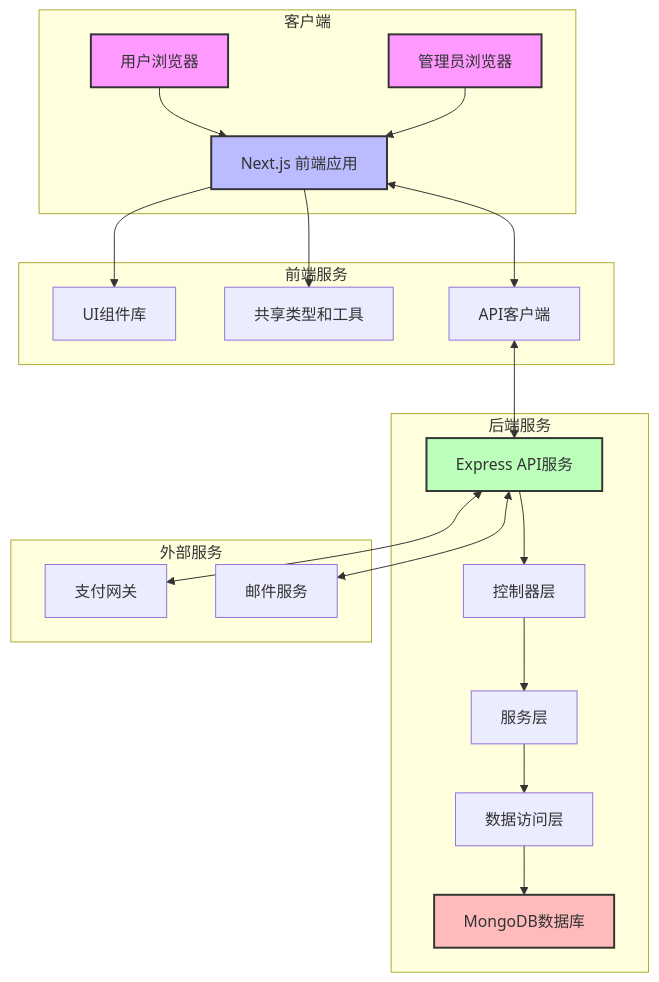
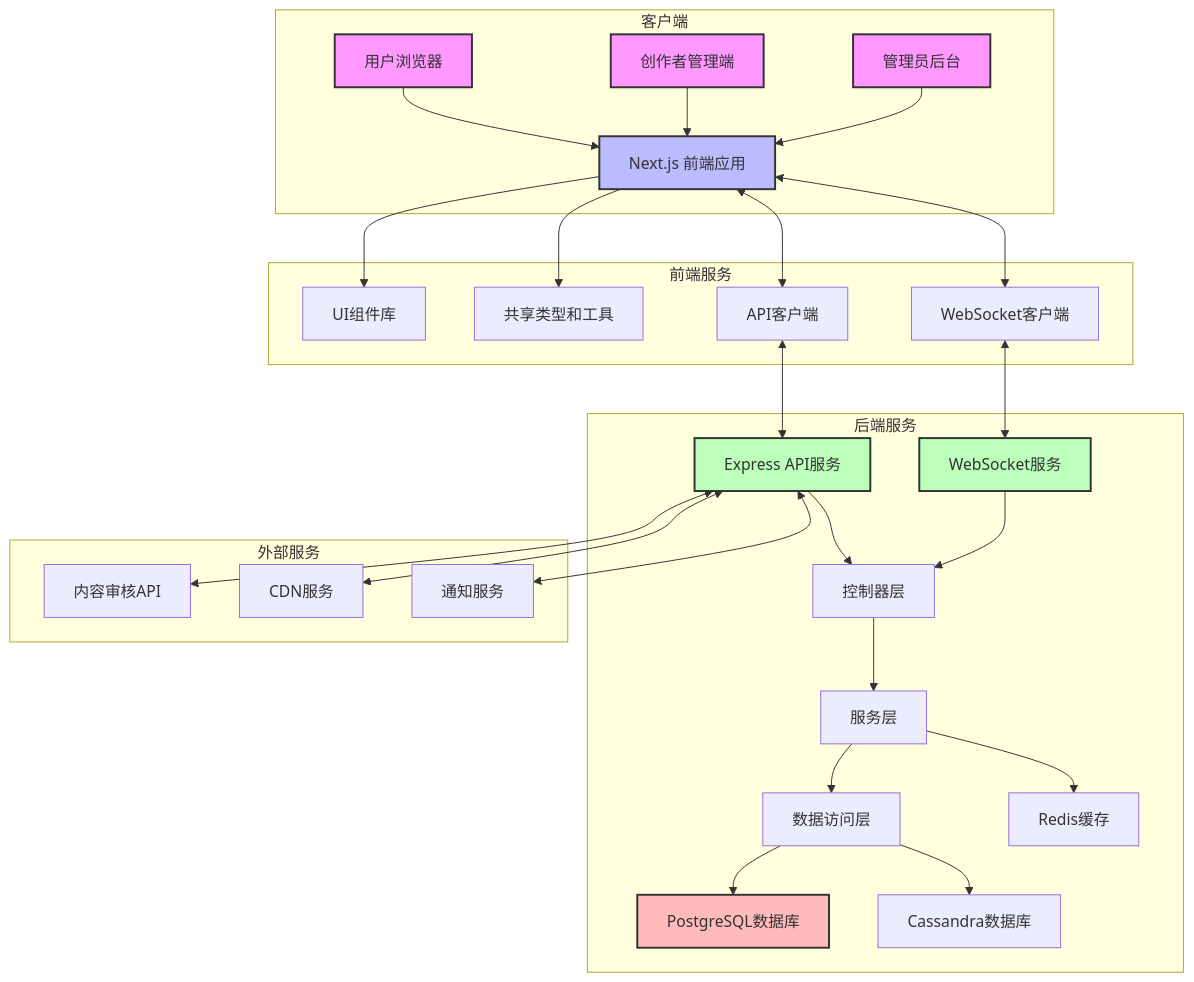
Before and after one commit to felixzhu97/social-media-project: the fourth of 8 diagrams in docs/architecture/system-architecture.md, drawn with Mermaid. The commit also changed other lines of this file and 8 other files, not shown here.

````diff
--- a/docs/architecture/system-architecture.md
+++ b/docs/architecture/system-architecture.md
@@ -11,32 +39,41 @@
 ```mermaid
 graph TD
     subgraph "客户端"
         A[用户浏览器] --> B[Next.js 前端应用]
-        M[管理员浏览器] --> B
+        C[创作者管理端] --> B
+        D[管理员后台] --> B
     end
 
     subgraph "前端服务"
-        B --> C[UI组件库]
-        B --> D[共享类型和工具]
-        B <--> E[API客户端]
+        B --> E[UI组件库]
+        B --> F[共享类型和工具]
+        B <--> G[API客户端]
+        B <--> H[WebSocket客户端]
     end
 
     subgraph "后端服务"
-        E <--> F[Express API服务]
-        F --> G[控制器层]
-        G --> H[服务层]
-        H --> I[数据访问层]
-        I --> J[MongoDB数据库]
+        G <--> I[Express API服务]
+        H <--> J[WebSocket服务]
+        I --> K[控制器层]
+        J --> K
+        K --> L[服务层]
+        L --> M[数据访问层]
+        M --> N[PostgreSQL数据库]
+        M --> O[Cassandra数据库]
+        L --> P[Redis缓存]
     end
 
     subgraph "外部服务"
-        F <--> K[支付网关]
-        F <--> L[邮件服务]
+        I <--> Q[内容审核API]
+        I <--> R[CDN服务]
+        I <--> S[通知服务]
     end
 
     style A fill:#f9f,stroke:#333,stroke-width:2px
-    style M fill:#f9f,stroke:#333,stroke-width:2px
+    style C fill:#f9f,stroke:#333,stroke-width:2px
+    style D fill:#f9f,stroke:#333,stroke-width:2px
     style B fill:#bbf,stroke:#333,stroke-width:2px
-    style F fill:#bfb,stroke:#333,stroke-width:2px
-    style J fill:#fbb,stroke:#333,stroke-width:2px
+    style I fill:#bfb,stroke:#333,stroke-width:2px
+    style J fill:#bfb,stroke:#333,stroke-width:2px
+    style N fill:#fbb,stroke:#333,stroke-width:2px
 ```
````
